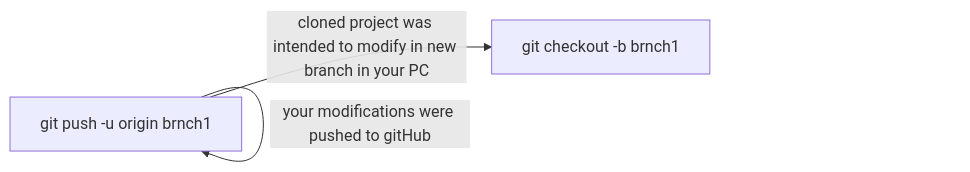
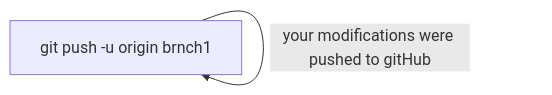
Before and after one commit to Akhmarzhan/practicum-task: the third of 3 diagrams in README.md, drawn with Mermaid.

Commit message:
Added mermaid about git pull

````diff
--- a/README.md
+++ b/README.md
@@ -84,9 +84,9 @@
 ```mermaid
   graph LR;
-      id["git clone URL"] -- "cloned project was intended to modify in new branch in your PC" --> id1["git checkout -b brnch1"];
+      id["git clone URL"] -- "cloned project was intended to modify in new branch in your PC" --> id["git checkout -b brnch1"];
       id["git checkout -b brnch1"] -- "after modifying the code switched to main branch" --> id["git checkout master"];
 	  id["git checkout master"]  -- "new version of repo pulled from GitHub" --> id["git pull"] ;
 	  id["git pull"] -- "switched to your branch order to update it with new repo" --> id["git checkout brnch1"] ;
 	  id["git checkout brnch1"] -- "branches merged, conflicts were solved" --> id["git merge master"] ;
 	  id["git merge master"] -- "your modifications were pushed to gitHub"  --> id["git push -u origin brnch1"];
 ```
````
